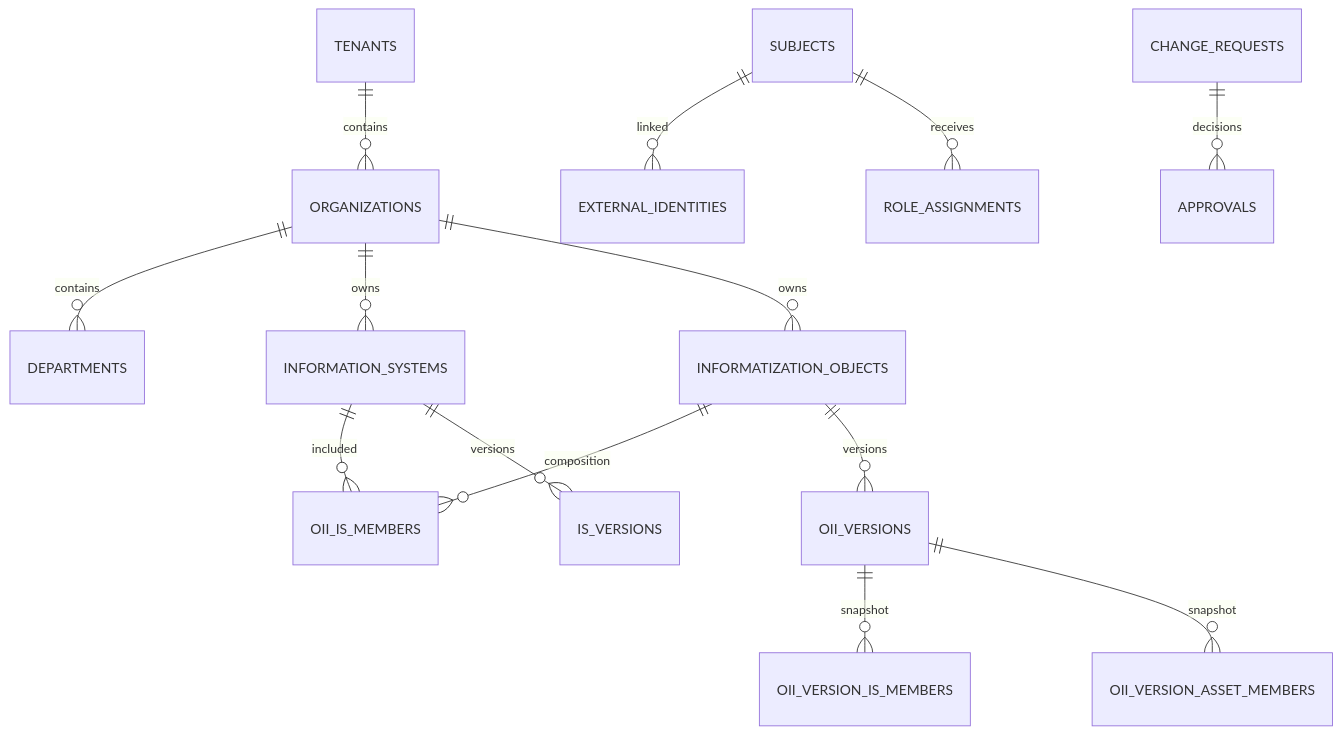
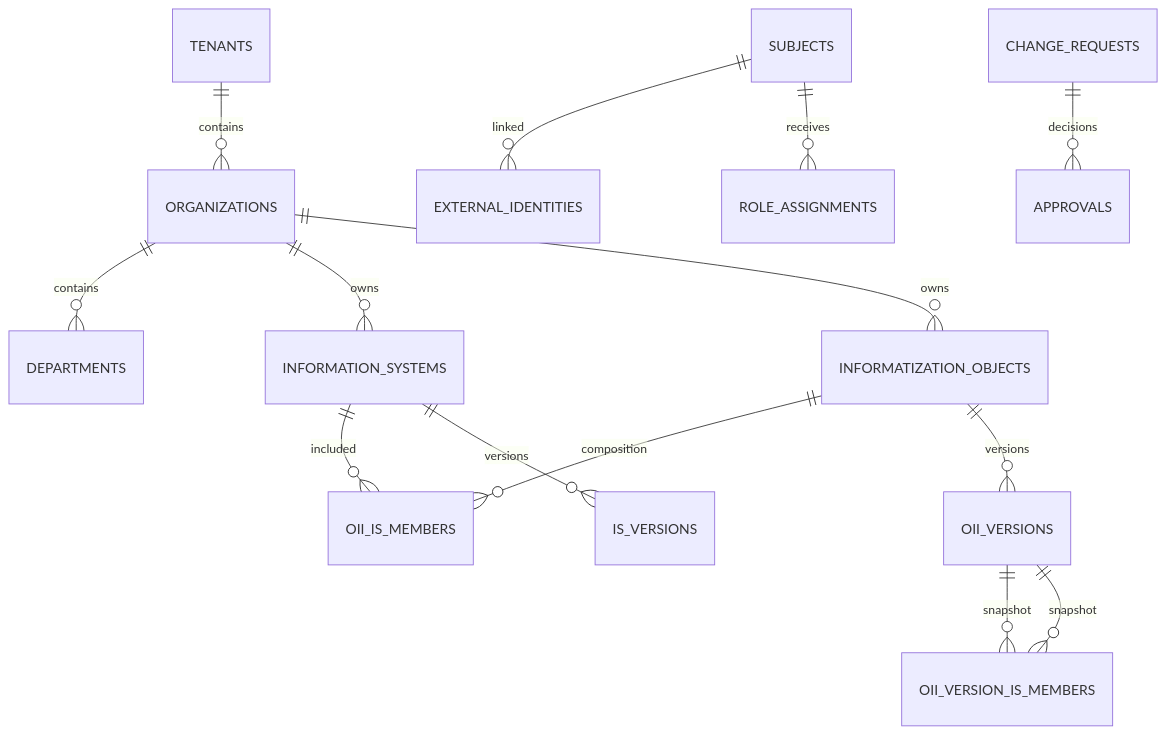
One commit to balzorn/e5-atlasis changed the diagram in docs/architecture/data-model-v1.md. Above: the diagram before and after it, drawn with Mermaid. The commit also changed other lines of this file, not shown here.

Commit message:
docs: remove deferred asset structures from v1 schema

````diff
--- a/docs/architecture/data-model-v1.md
+++ b/docs/architecture/data-model-v1.md
@@ -36,16 +36,16 @@
 ```mermaid
 erDiagram
     TENANTS ||--o{ ORGANIZATIONS : contains
     ORGANIZATIONS ||--o{ DEPARTMENTS : contains
     ORGANIZATIONS ||--o{ INFORMATION_SYSTEMS : owns
     ORGANIZATIONS ||--o{ INFORMATIZATION_OBJECTS : owns
     INFORMATIZATION_OBJECTS ||--o{ OII_IS_MEMBERS : composition
     INFORMATION_SYSTEMS ||--o{ OII_IS_MEMBERS : included
     SUBJECTS ||--o{ EXTERNAL_IDENTITIES : linked
     SUBJECTS ||--o{ ROLE_ASSIGNMENTS : receives
     INFORMATION_SYSTEMS ||--o{ IS_VERSIONS : versions
     INFORMATIZATION_OBJECTS ||--o{ OII_VERSIONS : versions
     OII_VERSIONS ||--o{ OII_VERSION_IS_MEMBERS : snapshot
-    OII_VERSIONS ||--o{ OII_VERSION_ASSET_MEMBERS : snapshot
+    OII_VERSIONS ||--o{ OII_VERSION_IS_MEMBERS : snapshot
     CHANGE_REQUESTS ||--o{ APPROVALS : decisions
 ```
````
